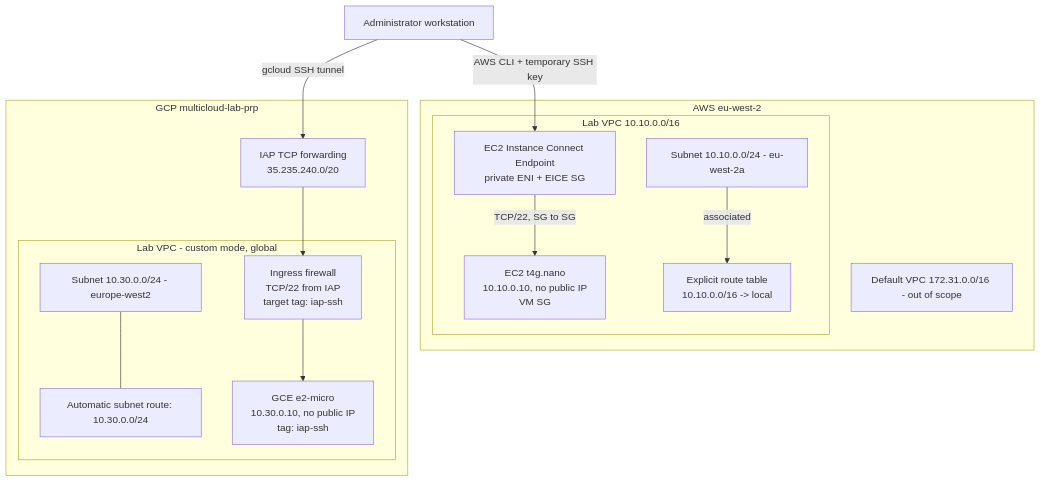
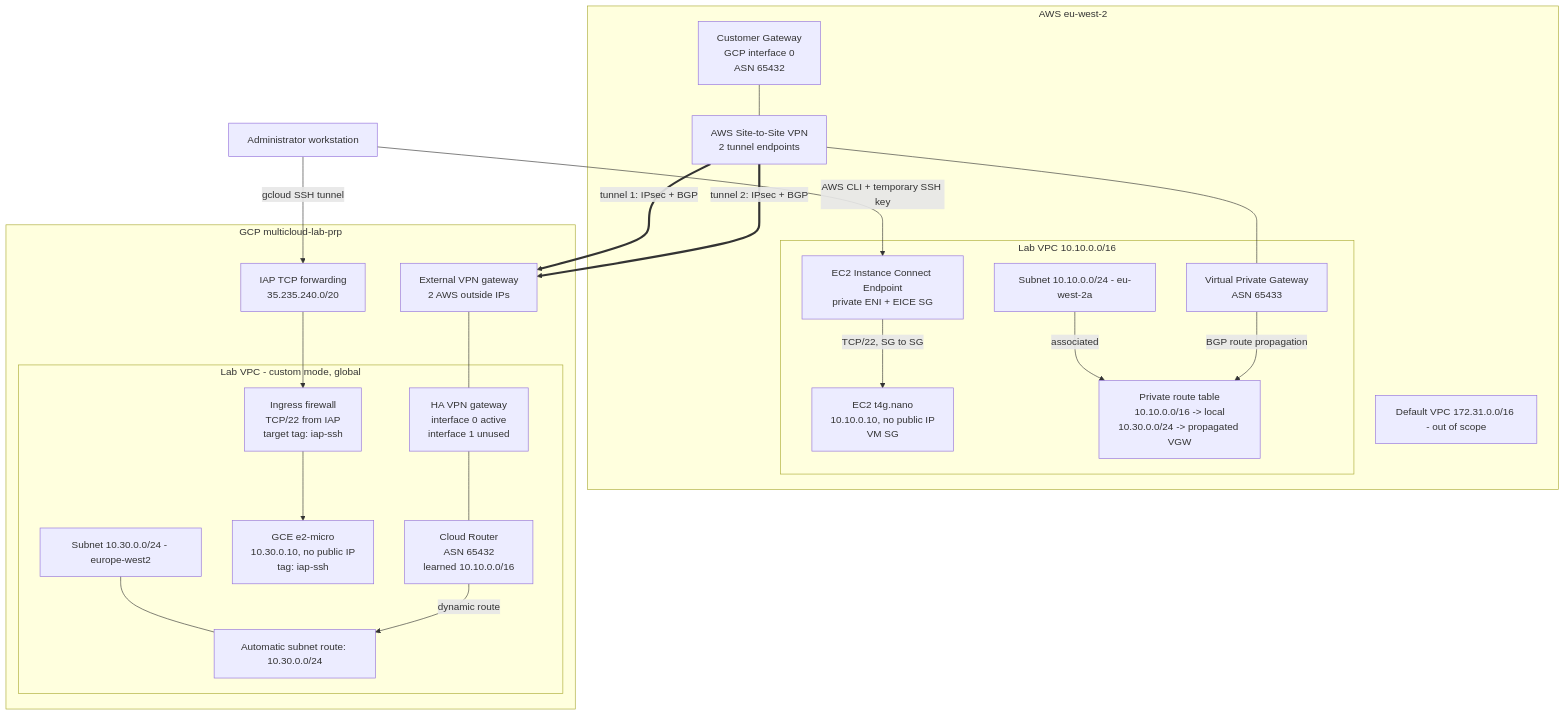
One commit to PFeynman/multicloud-lab changed the first of 4 diagrams in docs/architecture.md. Above: the diagram before and after it, drawn with Mermaid. The commit also changed other lines of this file and 9 other files, not shown here.

````diff
--- a/docs/architecture.md
+++ b/docs/architecture.md
@@ -8,32 +8,46 @@
 ```mermaid
 flowchart TB
   ADMIN["Administrator workstation"]
 
   subgraph AWS["AWS eu-west-2"]
     subgraph VPC["Lab VPC 10.10.0.0/16"]
       SUB["Subnet 10.10.0.0/24 - eu-west-2a"]
       EICE["EC2 Instance Connect Endpoint<br/>private ENI + EICE SG"]
       EC2["EC2 t4g.nano<br/>10.10.0.10, no public IP<br/>VM SG"]
-      RT["Explicit route table<br/>10.10.0.0/16 -> local"]
+      RT["Private route table<br/>10.10.0.0/16 -> local<br/>10.30.0.0/24 -> propagated VGW"]
+      VGW["Virtual Private Gateway<br/>ASN 65433"]
       SUB -->|associated| RT
       EICE -->|"TCP/22, SG to SG"| EC2
+      VGW -->|"BGP route propagation"| RT
     end
+    CGW["Customer Gateway<br/>GCP interface 0<br/>ASN 65432"]
+    VPN["AWS Site-to-Site VPN<br/>2 tunnel endpoints"]
+    CGW --- VPN
+    VPN --- VGW
     DEFAULT["Default VPC 172.31.0.0/16 - out of scope"]
   end
 
   subgraph GCP["GCP multicloud-lab-prp"]
     IAP["IAP TCP forwarding<br/>35.235.240.0/20"]
     subgraph NET["Lab VPC - custom mode, global"]
       GS["Subnet 10.30.0.0/24 - europe-west2"]
       GR["Automatic subnet route: 10.30.0.0/24"]
       FW["Ingress firewall<br/>TCP/22 from IAP<br/>target tag: iap-ssh"]
       GCE["GCE e2-micro<br/>10.30.0.10, no public IP<br/>tag: iap-ssh"]
+      CR["Cloud Router<br/>ASN 65432<br/>learned 10.10.0.0/16"]
+      HAVPN["HA VPN gateway<br/>interface 0 active<br/>interface 1 unused"]
       GS --- GR
       FW --> GCE
+      CR -->|"dynamic route"| GR
     end
+    EXTVPN["External VPN gateway<br/>2 AWS outside IPs"]
+    EXTVPN --- HAVPN
+    HAVPN --- CR
   end
 
   ADMIN -->|"AWS CLI + temporary SSH key"| EICE
   ADMIN -->|"gcloud SSH tunnel"| IAP
   IAP --> FW
+  VPN ==>|"tunnel 1: IPsec + BGP"| EXTVPN
+  VPN ==>|"tunnel 2: IPsec + BGP"| EXTVPN
 ```
````
